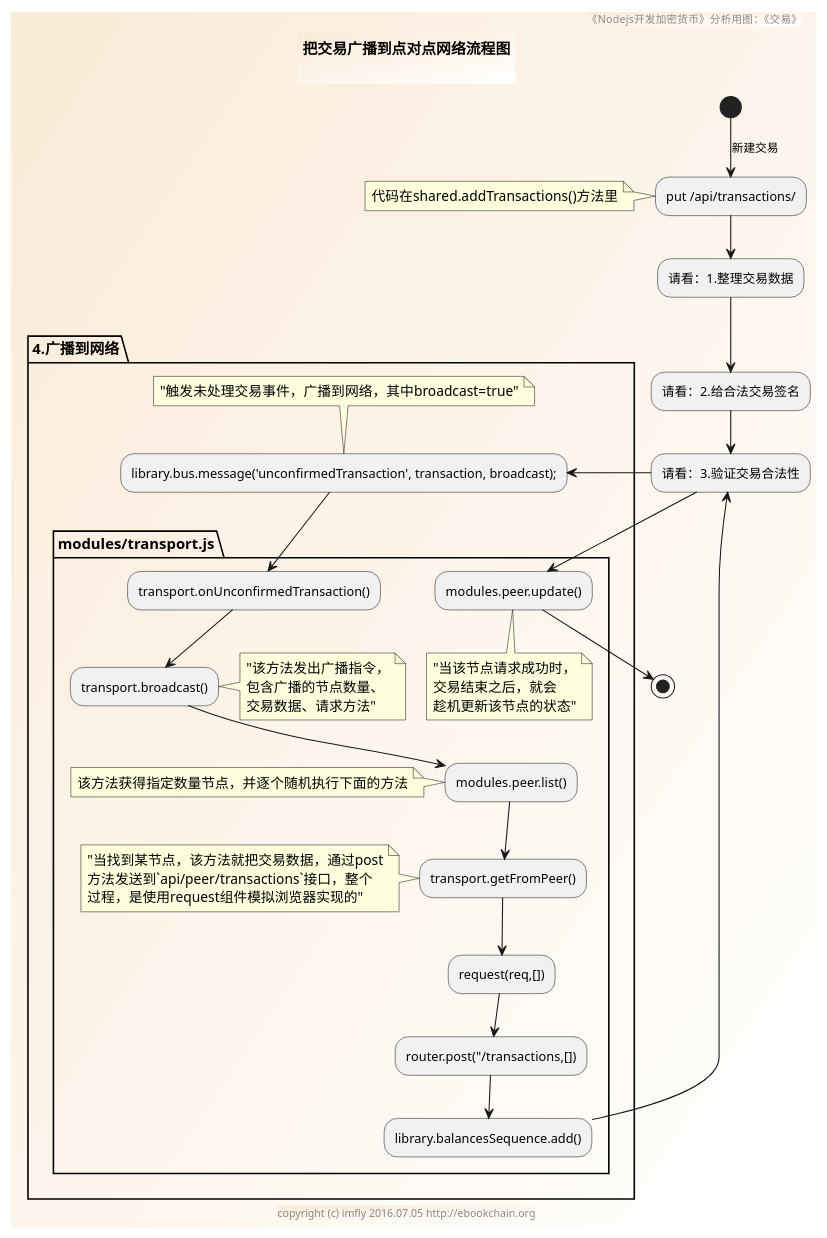
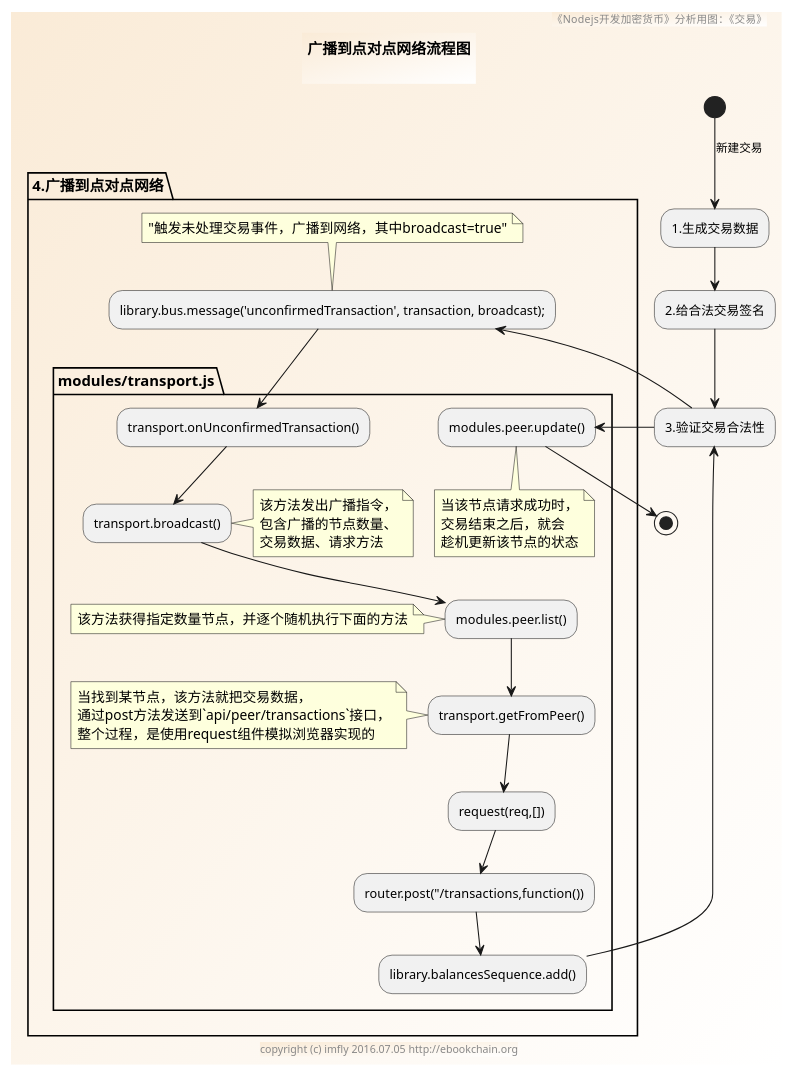
The diagram in sources/modules/transactions/broadcastTransaction.pu (brightmanforever022/bitcoin-on-nodejs), drawn with PlantUML before and after one commit. The commit also changed 8 other files, not shown here.

```diff
--- a/sources/modules/transactions/broadcastTransaction.pu
+++ b/sources/modules/transactions/broadcastTransaction.pu
@@ -1,53 +1,51 @@
 @startuml ../../../styles/images/modules/transactions/broadcastTransaction-activity.png
 skinparam BorderColor #blue\9932CC
 skinparam backgroundcolor AntiqueWhite/white
 
 title
-把交易广播到点对点网络流程图
+广播到点对点网络流程图
 
 end title
 
 footer copyright (c) imfly 2016.07.05 http://ebookchain.org
 header 《Nodejs开发加密货币》分析用图：《交易》
 
-(*)--> [新建交易] "put /api/transactions/" as inputForm
-note left: 代码在shared.addTransactions()方法里
+(*)--> [新建交易] "1.生成交易数据"
+--> "2.给合法交易签名"
+--> "3.验证交易合法性" as verifyTrs
 
---> "请看：1.整理交易数据"
---> "请看：2.给合法交易签名"
---> "请看：3.验证交易合法性" as verifyTrs
-
-partition "4.广播到网络" {
+partition "4.广播到点对点网络" {
   --> library.bus.message('unconfirmedTransaction', transaction, broadcast);
   note top: "触发未处理交易事件，广播到网络，其中broadcast=true"
   partition "modules/transport.js" {
     --> transport.onUnconfirmedTransaction()
     --> transport.broadcast()
     note left
-    "该方法发出广播指令，
+    该方法发出广播指令，
     包含广播的节点数量、
-    交易数据、请求方法"
+    交易数据、请求方法
     end note
+
     --> modules.peer.list()
     note left:该方法获得指定数量节点，并逐个随机执行下面的方法
     --> transport.getFromPeer()
     note left
-    "当找到某节点，该方法就把交易数据，通过post
-    方法发送到`api/peer/transactions`接口，整个
-    过程，是使用request组件模拟浏览器实现的"
+    当找到某节点，该方法就把交易数据，
+    通过post方法发送到`api/peer/transactions`接口，
+    整个过程，是使用request组件模拟浏览器实现的
     end note
 
     --> request(req,[])
-    --> router.post("/transactions,[])
+    --> router.post("/transactions,function())
     --> library.balancesSequence.add()
     --> verifyTrs
-    -down-> modules.peer.update()
+    -right-> modules.peer.update()
     note bottom
-    "当该节点请求成功时，
+    当该节点请求成功时，
     交易结束之后，就会
-    趁机更新该节点的状态"
+    趁机更新该节点的状态
     end note
   }
 }
 --> (*)
 @enduml
```
